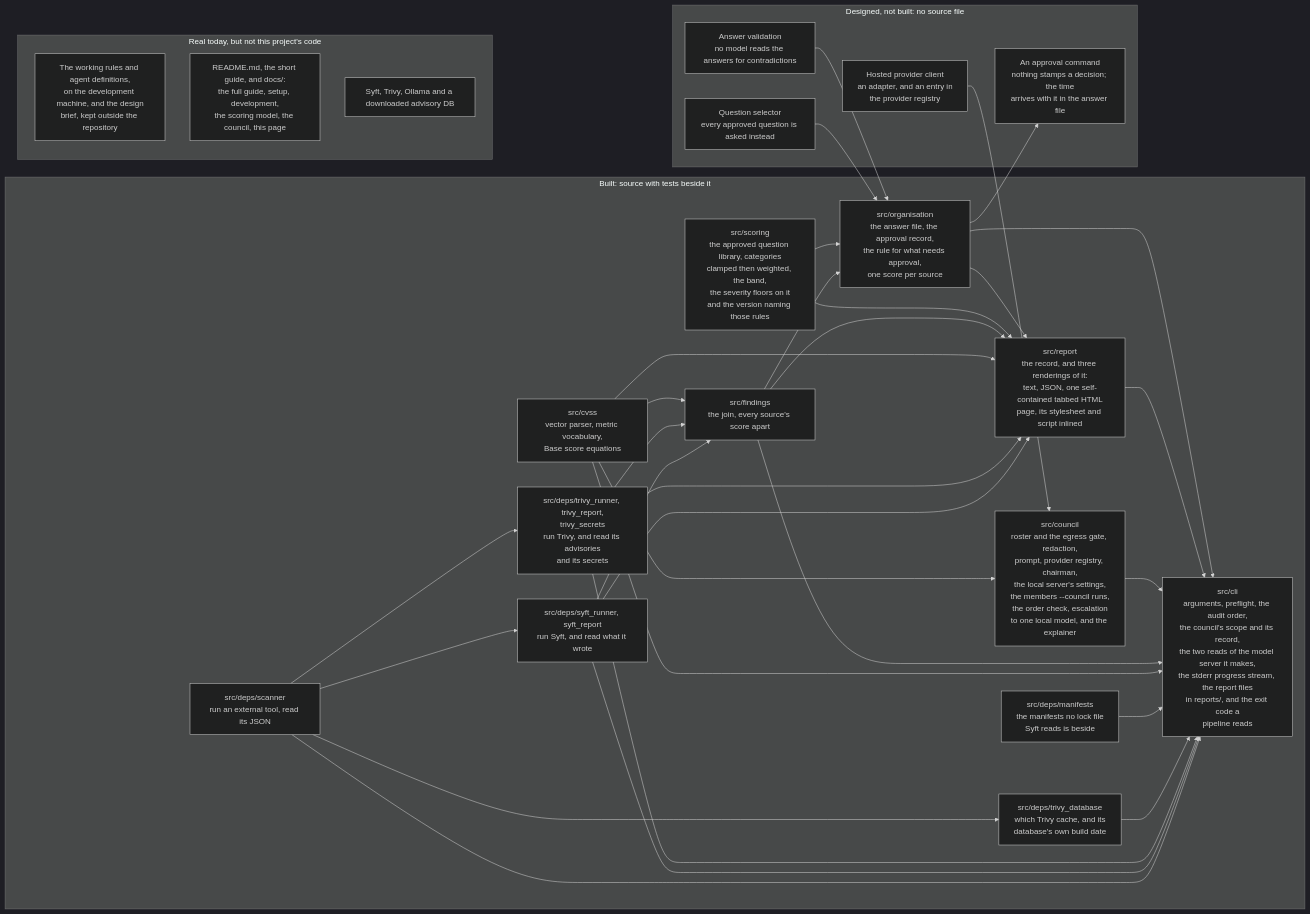
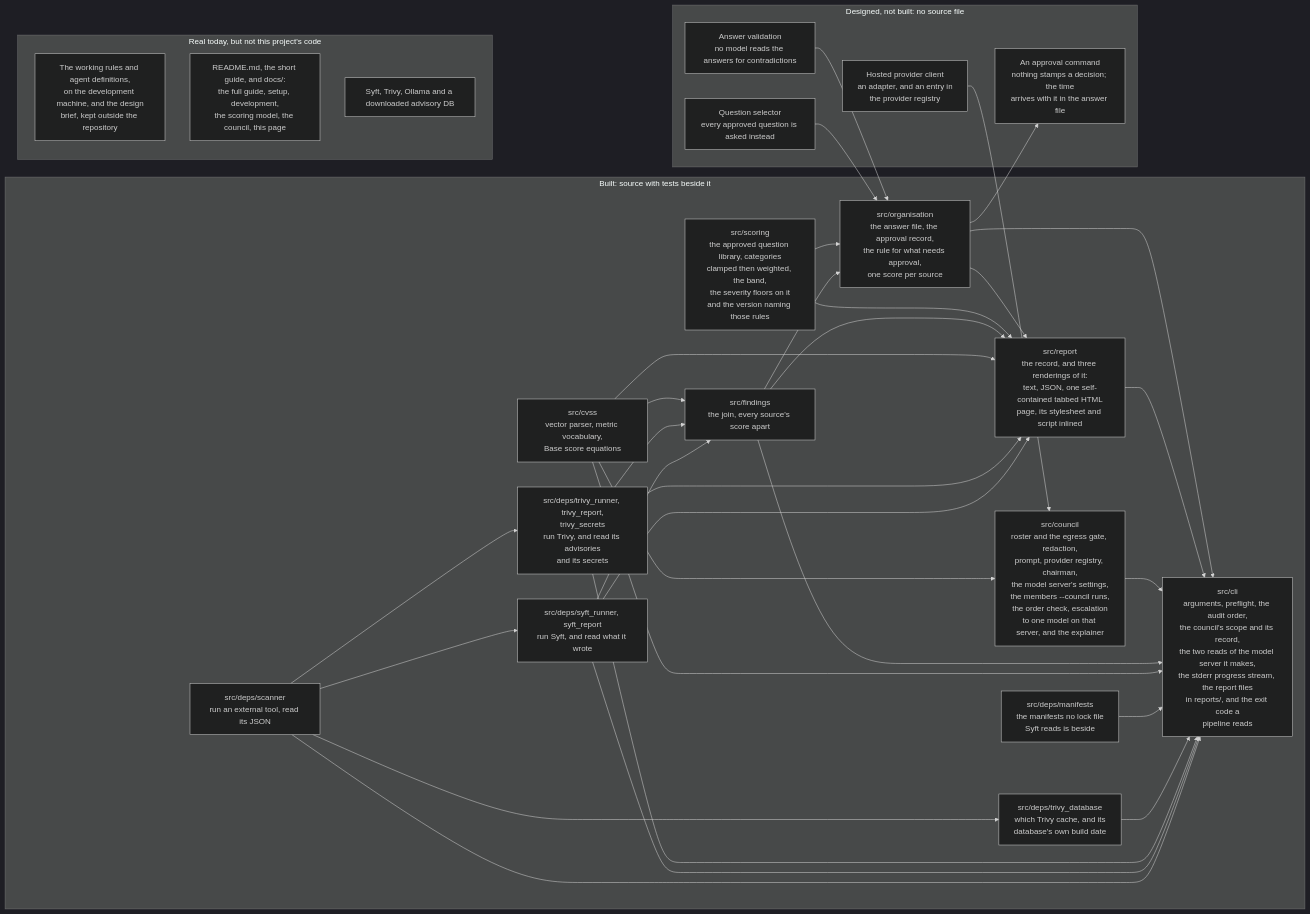
One commit to heinthtnaung/AgenticLLMAppAuditor changed the fifth of 5 diagrams in docs/diagrams.md. Above: the diagram before and after it, drawn with Mermaid (dark theme). The commit also changed other lines of this file and 47 other files, not shown here.

Commit message:
Let an opted-in Ollama server on another machine run the council

````diff
--- a/docs/diagrams.md
+++ b/docs/diagrams.md
@@ -599,60 +613,60 @@
 ```mermaid
 flowchart LR
     subgraph BUILT["Built: source with tests beside it"]
         b0["src/deps/scanner<br/>run an external tool, read its JSON"]
         b1["src/deps/syft_runner, syft_report<br/>run Syft, and read what it wrote"]
         b2["src/deps/trivy_runner, trivy_report,<br/>trivy_secrets<br/>run Trivy, and read its advisories<br/>and its secrets"]
         b3["src/deps/trivy_database<br/>which Trivy cache, and its<br/>database's own build date"]
         b11["src/deps/manifests<br/>the manifests no lock file<br/>Syft reads is beside"]
         b4["src/cvss<br/>vector parser, metric vocabulary,<br/>Base score equations"]
         b5["src/findings<br/>the join, every source's score apart"]
-        b7["src/council<br/>roster and the egress gate, redaction,<br/>prompt, provider registry, chairman,<br/>the local server's settings,<br/>the members --council runs,<br/>the order check, escalation<br/>to one local model, and the explainer"]
+        b7["src/council<br/>roster and the egress gate, redaction,<br/>prompt, provider registry, chairman,<br/>the model server's settings,<br/>the members --council runs,<br/>the order check, escalation<br/>to one model on that server, and the explainer"]
         b8["src/report<br/>the record, and three renderings of it:<br/>text, JSON, one self-contained tabbed HTML<br/>page, its stylesheet and script inlined"]
         b9["src/cli<br/>arguments, preflight, the audit order,<br/>the council's scope and its record,<br/>the two reads of the model server it makes,<br/>the stderr progress stream, the report files<br/>in reports/, and the exit code a<br/>pipeline reads"]
         b6["src/scoring<br/>the approved question library, categories<br/>clamped then weighted, the band,<br/>the severity floors on it<br/>and the version naming those rules"]
         b10["src/organisation<br/>the answer file, the approval record,<br/>the rule for what needs approval,<br/>one score per source"]
         b0 --> b1
         b0 --> b2
         b0 --> b3
         b0 --> b9
         b1 --> b5
         b1 --> b8
         b1 --> b9
         b2 --> b5
         b2 --> b8
         b2 --> b9
         b3 --> b9
         b11 --> b9
         b4 --> b5
         b4 --> b7
         b4 --> b8
         b4 --> b9
         b5 --> b8
         b5 --> b9
         b5 --> b10
         b6 --> b8
         b6 --> b10
         b7 --> b9
         b8 --> b9
         b10 --> b8
         b10 --> b9
     end
 
     subgraph UNBUILT["Designed, not built: no source file"]
         d2["Question selector<br/>every approved question is asked instead"]
         d3["Answer validation<br/>no model reads the answers for contradictions"]
         d6["Hosted provider client<br/>an adapter, and an entry in<br/>the provider registry"]
         d12["An approval command<br/>nothing stamps a decision; the time<br/>arrives with it in the answer file"]
     end
 
     d6 --> b7
     d2 --> b10
     d3 --> b10
     b10 --> d12
 
     subgraph REAL["Real today, but not this project's code"]
         x1["The working rules and agent definitions,<br/>on the development machine, and the design<br/>brief, kept outside the repository"]
         x2["README.md, the short guide, and docs/:<br/>the full guide, setup, development,<br/>the scoring model, the council, this page"]
         x4["Syft, Trivy, Ollama and a downloaded advisory DB"]
     end
 ```
````
